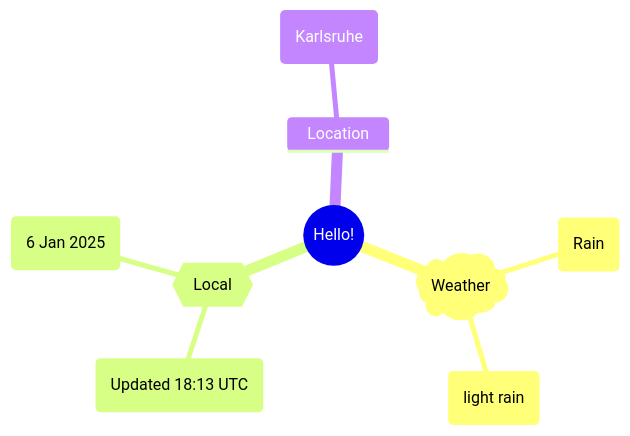
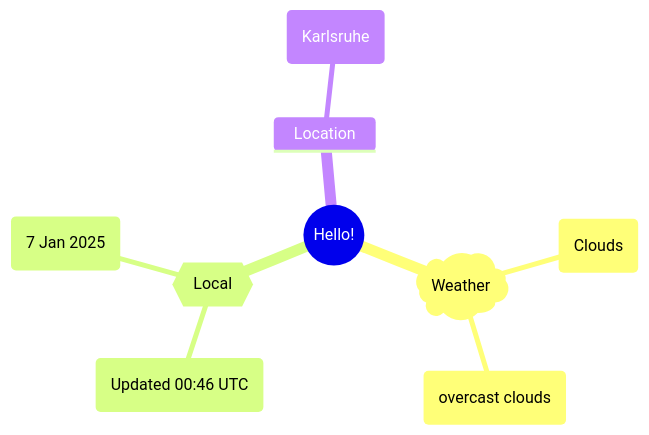
One commit to Xosrov/Xosrov changed the first of 2 diagrams in README.md. Above: the diagram before and after it, drawn with Mermaid.

Commit message:
[bot] updated images

````diff
--- a/README.md
+++ b/README.md
@@ -3,12 +3,12 @@
 ```mermaid
 mindmap
   root((Hello!))
     )Weather(
-        (Rain)
-        (light rain)
+        (Clouds)
+        (overcast clouds)
     {{Local}}
-        (Updated 18:13 UTC)
-        (6 Jan 2025)
+        (Updated 00:46 UTC)
+        (7 Jan 2025)
     Location
         (Karlsruhe)
 ```
````
